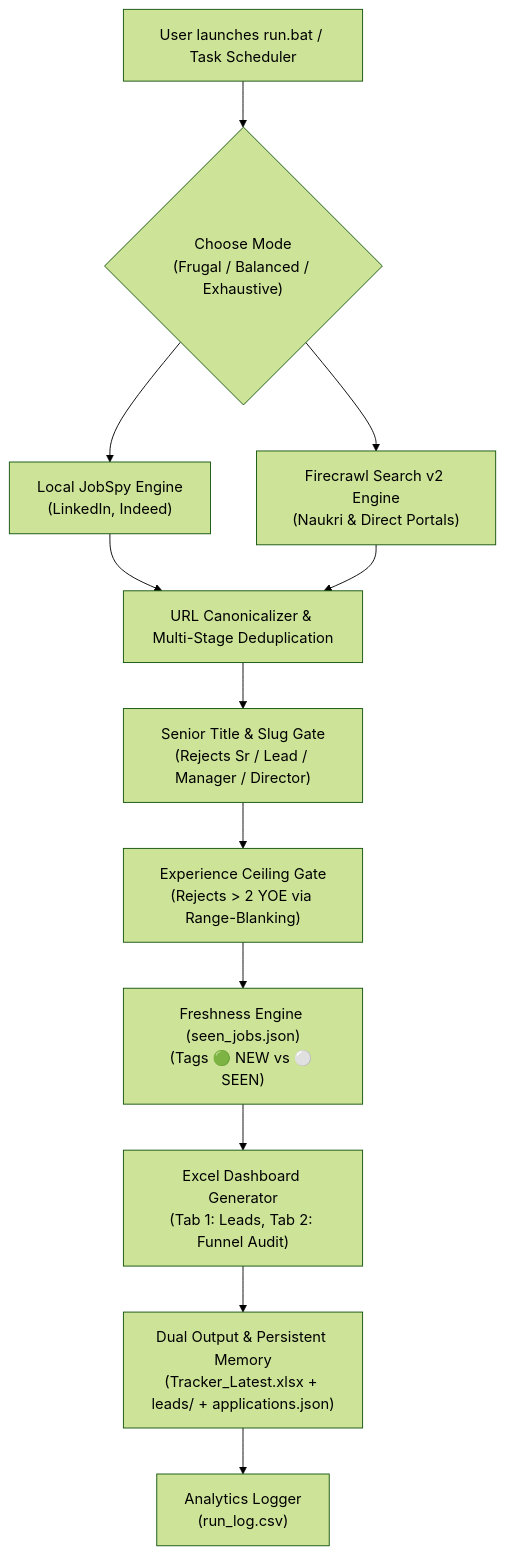
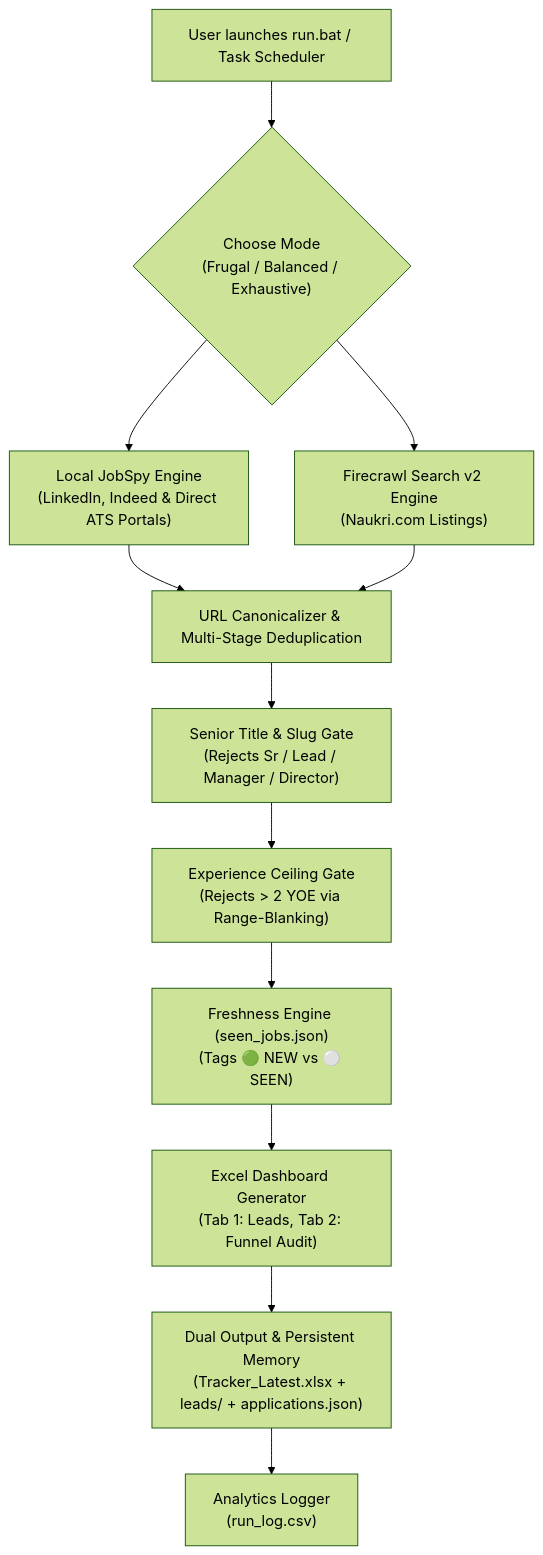
Before and after one commit to harsha71018/Project-Heimdall: the diagram in README.md, drawn with Mermaid (forest theme). The commit also changed other lines of this file and 3 other files, not shown here.

````diff
--- a/README.md
+++ b/README.md
@@ -26,14 +26,14 @@
 ```mermaid
 flowchart TD
     A["User launches run.bat / Task Scheduler"] --> B{"Choose Mode<br/>(Frugal / Balanced / Exhaustive)"}
-    B --> C["Local JobSpy Engine<br/>(LinkedIn, Indeed)"]
-    B --> D["Firecrawl Search v2 Engine<br/>(Naukri & Direct Portals)"]
+    B --> C["Local JobSpy Engine<br/>(LinkedIn, Indeed & Direct ATS Portals)"]
+    B --> D["Firecrawl Search v2 Engine<br/>(Naukri.com Listings)"]
     C --> E["URL Canonicalizer & Multi-Stage Deduplication"]
     D --> E
     E --> F["Senior Title & Slug Gate<br/>(Rejects Sr / Lead / Manager / Director)"]
     F --> G["Experience Ceiling Gate<br/>(Rejects > 2 YOE via Range-Blanking)"]
     G --> H["Freshness Engine (seen_jobs.json)<br/>(Tags 🟢 NEW vs ⚪ SEEN)"]
     H --> I["Excel Dashboard Generator<br/>(Tab 1: Leads, Tab 2: Funnel Audit)"]
     I --> J["Dual Output & Persistent Memory<br/>(Tracker_Latest.xlsx + leads/ + applications.json)"]
     J --> K["Analytics Logger<br/>(run_log.csv)"]
 ```
````
